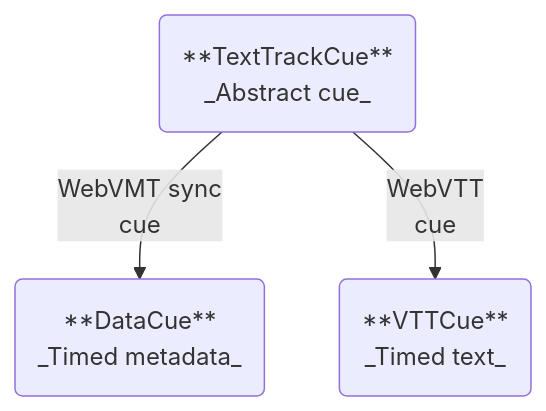
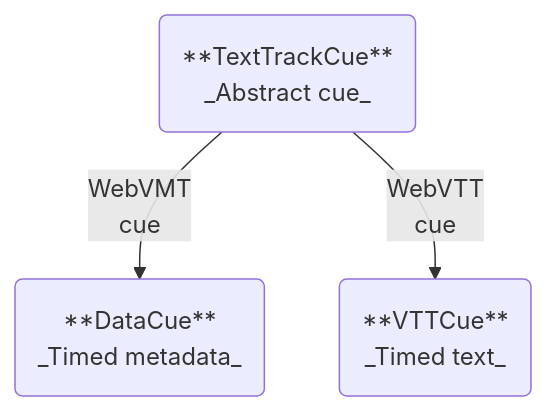
Before and after one commit to webvmt/vmt-sync-examples: the fourth of 4 diagrams in README.md, drawn with Mermaid.

````diff
--- a/README.md
+++ b/README.md
@@ -185,10 +185,10 @@
 ```mermaid
 graph TD
     A("**TextTrackCue**
-    _Abstract cue_") --> |"WebVMT sync
+    _Abstract cue_") --> |"WebVMT
     cue"| C("**DataCue**
     _Timed metadata_")
     A --> |"WebVTT
     cue"| B("**VTTCue**
     _Timed text_")
 ```
````
